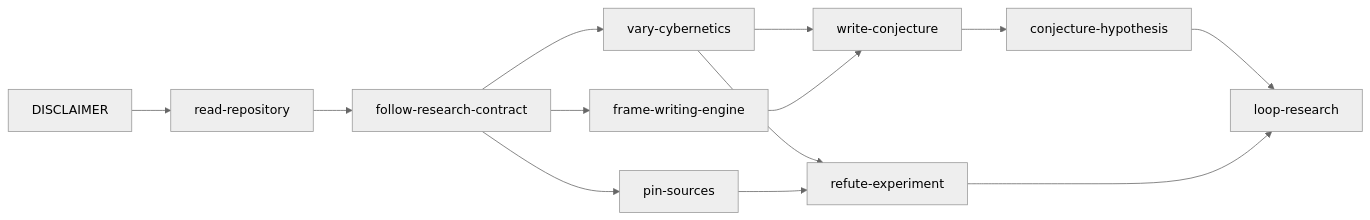
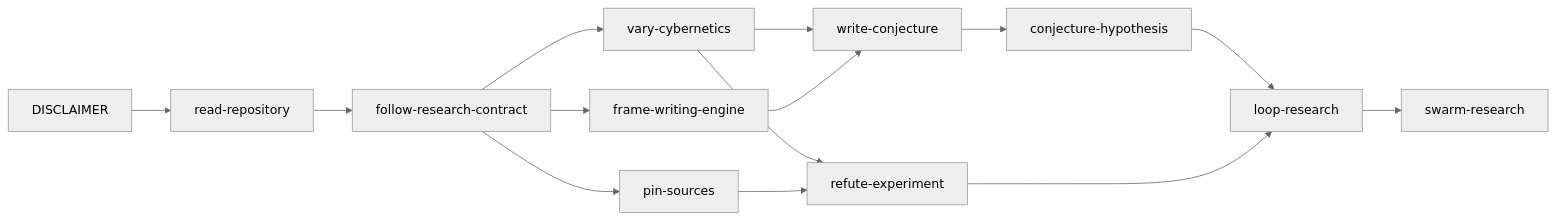
Before and after one commit to wetware-hq/popper: the diagram in docs/read-repository.md, drawn with Mermaid (neutral theme). The commit also changed other lines of this file and 6 other files, not shown here.

Commit message:
Add swarm-research: many popper lanes in parallel, one ledger, AUC objective (WET-141)

````diff
--- a/docs/read-repository.md
+++ b/docs/read-repository.md
@@ -46,15 +48,16 @@
 ```mermaid { type: notebook.cell }
 flowchart LR
     D[DISCLAIMER] --> R[read-repository]
     R --> C[follow-research-contract]
     C --> P[pin-sources]
     C --> V[vary-cybernetics]
     V --> W[write-conjecture]
     C --> F[frame-writing-engine]
     F --> W
     W --> H[conjecture-hypothesis]
     V --> E[refute-experiment]
     P --> E
     H --> L[loop-research]
     E --> L
+    L --> S[swarm-research]
 ```
````
